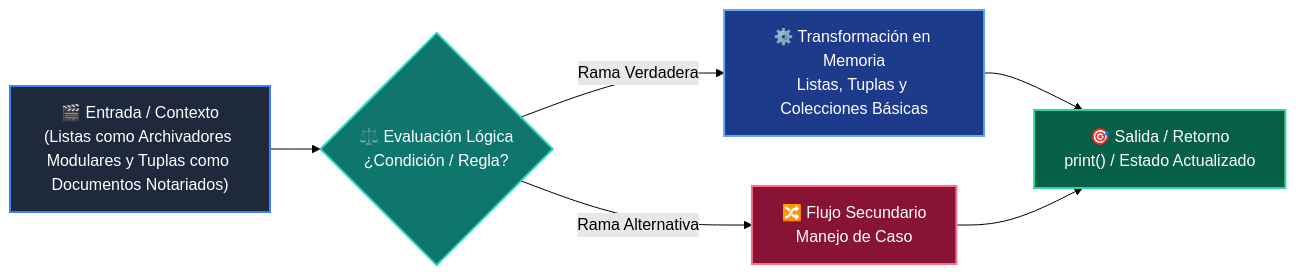
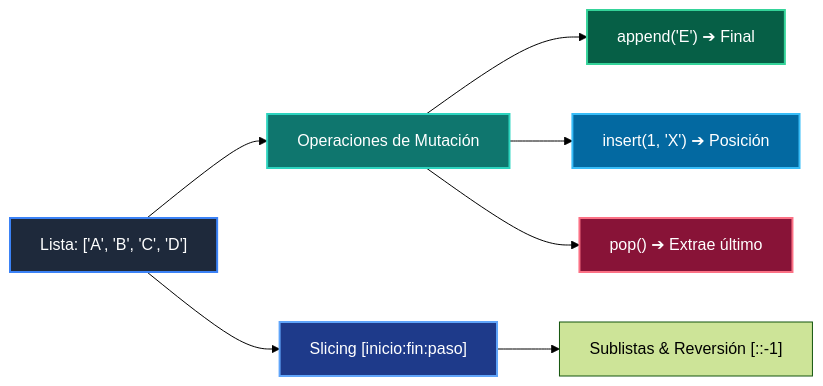
One commit to wisrovi/wisrovi-python changed the diagram in 01-fundamentos-python/clase-05-listas-y-colecciones/README.md. Above: the diagram before and after it, drawn with Mermaid (forest theme). The commit also changed other lines of this file and 271 other files, not shown here.

Commit message:
docs: rewrite all README.md files with bespoke topic-specific Mermaid diagrams and remove repetitive boilerplate

````diff
--- a/01-fundamentos-python/clase-05-listas-y-colecciones/README.md
+++ b/01-fundamentos-python/clase-05-listas-y-colecciones/README.md
@@ -35,14 +12,16 @@
 ```mermaid
 flowchart LR
-    A["🎬 Entrada / Contexto<br/>(Listas como Archivadores Modulares y Tuplas como Documentos Notariados)"] --> B{"⚖️ Evaluación Lógica<br/>¿Condición / Regla?"}
-    B -->|Rama Verdadera| C["⚙️ Transformación en Memoria<br/>Listas, Tuplas y Colecciones Básicas"]
-    B -->|Rama Alternativa| D["🔀 Flujo Secundario<br/>Manejo de Caso"]
-    C --> E["🎯 Salida / Retorno<br/>print() / Estado Actualizado"]
-    D --> E
+    L["Lista: ['A', 'B', 'C', 'D']"] --> OP["Operaciones de Mutación"]
+    OP --> APP["append('E') ➔ Final"]
+    OP --> INS["insert(1, 'X') ➔ Posición"]
+    OP --> POP["pop() ➔ Extrae último"]
+    L --> SLICE["Slicing [inicio:fin:paso]"]
+    SLICE --> SUB["Sublistas & Reversión [::-1]"]
 
-    style A fill:#1e293b,color:#ffffff,stroke:#3b82f6,stroke-width:2px
-    style B fill:#0f766e,color:#ffffff,stroke:#2dd4bf,stroke-width:2px
-    style C fill:#1e3a8a,color:#ffffff,stroke:#60a5fa,stroke-width:2px
-    style D fill:#881337,color:#ffffff,stroke:#fb7185,stroke-width:2px
-    style E fill:#065f46,color:#ffffff,stroke:#34d399,stroke-width:2px
+    style L fill:#1e293b,color:#fff,stroke:#3b82f6,stroke-width:2px
+    style OP fill:#0f766e,color:#fff,stroke:#2dd4bf,stroke-width:2px
+    style APP fill:#065f46,color:#fff,stroke:#34d399,stroke-width:2px
+    style INS fill:#0369a1,color:#fff,stroke:#38bdf8,stroke-width:2px
+    style POP fill:#881337,color:#fff,stroke:#fb7185,stroke-width:2px
+    style SLICE fill:#1e3a8a,color:#fff,stroke:#60a5fa,stroke-width:2px
 ```
````
